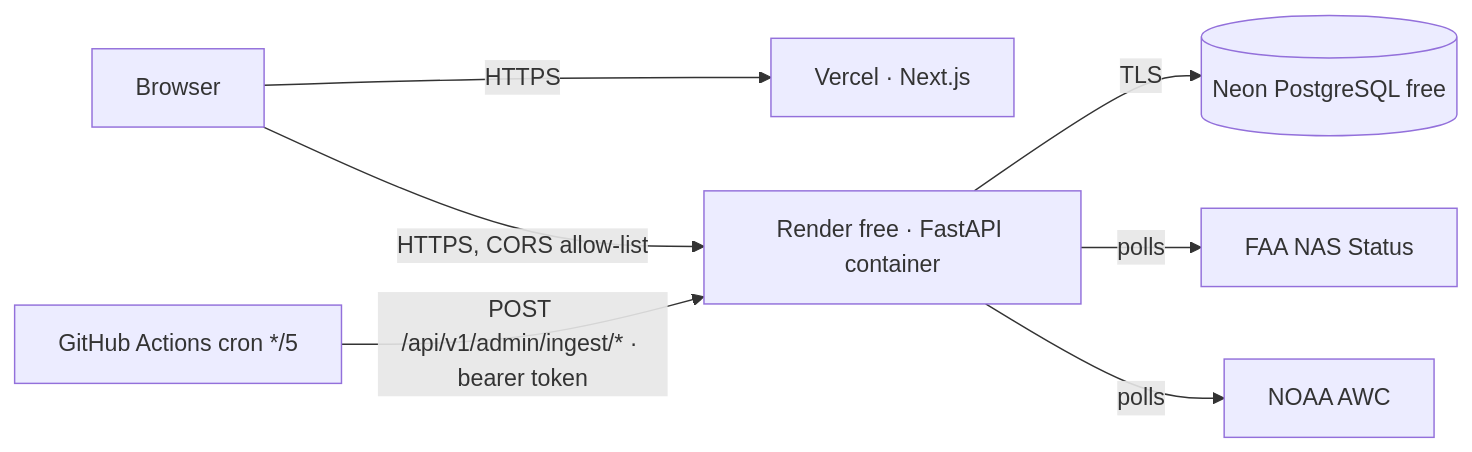
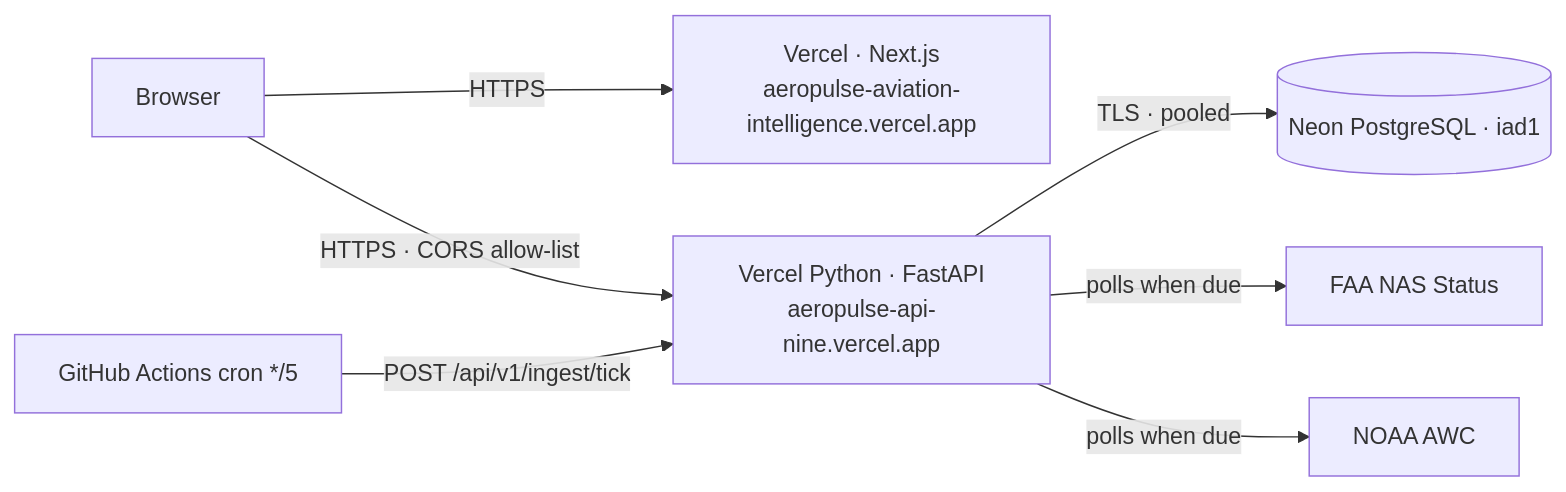
The diagram in docs/deployment/README.md (Gnanasudharsan/aeropulse-aviation-intelligence), drawn with Mermaid before and after one commit. The commit also changed other lines of this file and 4 other files, not shown here.

First line of the commit message:
docs: document the live Vercel + Neon deployment

````diff
--- a/docs/deployment/README.md
+++ b/docs/deployment/README.md
@@ -6,8 +5,8 @@
 ```mermaid
 flowchart LR
-  U[Browser] -->|HTTPS| V[Vercel · Next.js]
-  U -->|HTTPS, CORS allow-list| R[Render free · FastAPI container]
-  R -->|TLS| N[(Neon PostgreSQL free)]
-  G[GitHub Actions cron */5] -->|POST /api/v1/admin/ingest/* · bearer token| R
-  R -->|polls| FAA[FAA NAS Status] & AWC[NOAA AWC]
+  U[Browser] -->|HTTPS| W[Vercel · Next.js<br/>aeropulse-aviation-intelligence.vercel.app]
+  U -->|HTTPS · CORS allow-list| A[Vercel Python · FastAPI<br/>aeropulse-api-nine.vercel.app]
+  A -->|TLS · pooled| N[(Neon PostgreSQL · iad1)]
+  G[GitHub Actions cron */5] -->|POST /api/v1/ingest/tick| A
+  A -->|polls when due| FAA[FAA NAS Status] & AWC[NOAA AWC]
 ```
````
